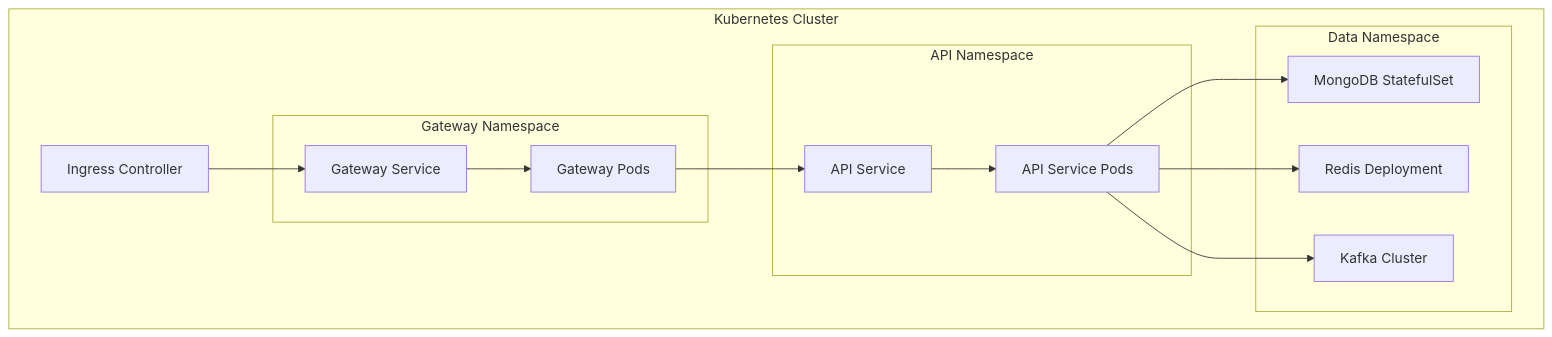
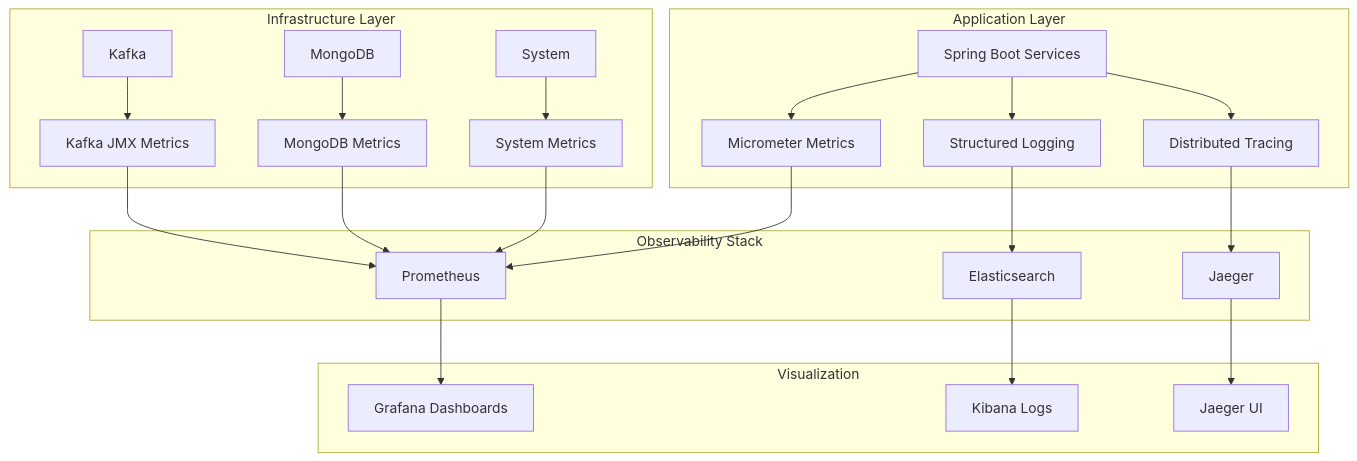
The ninth of 9 diagrams in docs/development/architecture/README.md (Praesto-Pro/openframe-oss-tenant), drawn with Mermaid before and after one commit. The commit also changed other lines of this file and 344 other files, not shown here.

````diff
--- a/docs/development/architecture/README.md
+++ b/docs/development/architecture/README.md
@@ -681,30 +440,29 @@
 ```mermaid
-graph TD
-    subgraph "Kubernetes Cluster"
-        subgraph "API Namespace"
-            APIPods[API Service Pods]
-            APIService[API Service]
-        end
-        
-        subgraph "Gateway Namespace"  
-            GWPods[Gateway Pods]
-            GWService[Gateway Service]
-        end
-        
-        subgraph "Data Namespace"
-            MongoDB[MongoDB StatefulSet]
-            Redis[Redis Deployment]
-            Kafka[Kafka Cluster]
-        end
-        
-        Ingress[Ingress Controller]
+flowchart TD
+    subgraph "Application Layer"
+        Services[Spring Boot Services] --> Metrics[Micrometer Metrics]
+        Services --> Logs[Structured Logging]
+        Services --> Traces[Distributed Tracing]
     end
     
-    Ingress --> GWService
-    GWService --> GWPods
-    GWPods --> APIService
-    APIService --> APIPods
-    APIPods --> MongoDB
-    APIPods --> Redis
-    APIPods --> Kafka
+    subgraph "Infrastructure Layer"
+        Kafka --> KafkaMetrics[Kafka JMX Metrics]
+        MongoDB --> MongoMetrics[MongoDB Metrics]
+        System --> SystemMetrics[System Metrics]
+    end
+    
+    subgraph "Observability Stack"
+        Metrics --> Prometheus[Prometheus]
+        Logs --> Elasticsearch[Elasticsearch]
+        Traces --> Jaeger[Jaeger]
+        KafkaMetrics --> Prometheus
+        MongoMetrics --> Prometheus
+        SystemMetrics --> Prometheus
+    end
+    
+    subgraph "Visualization"
+        Prometheus --> Grafana[Grafana Dashboards]
+        Elasticsearch --> Kibana[Kibana Logs]
+        Jaeger --> JaegerUI[Jaeger UI]
+    end
 ```
````
